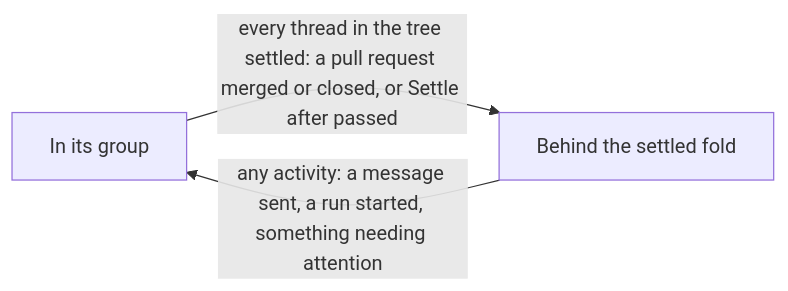
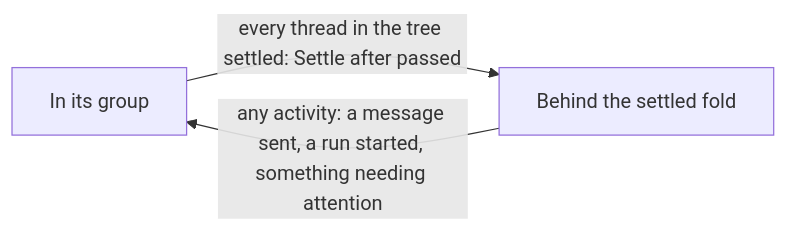
Before and after one commit to gperezmz/bb-plugins: the second of 2 diagrams in docs/explanation/thread-glance-attention.md, drawn with Mermaid. The commit also changed other lines of this file and 12 other files, not shown here.

First line of the commit message:
fix(thread-glance): settle threads by inactivity alone (#114)

````diff
--- a/docs/explanation/thread-glance-attention.md
+++ b/docs/explanation/thread-glance-attention.md
@@ -73,5 +73,5 @@
 ```mermaid
 flowchart LR
-  live["In its group"] -->|"every thread in the tree settled: a pull request merged or closed, or Settle after passed"| fold["Behind the settled fold"]
+  live["In its group"] -->|"every thread in the tree settled: Settle after passed"| fold["Behind the settled fold"]
   fold -->|"any activity: a message sent, a run started, something needing attention"| live
 ```
````
